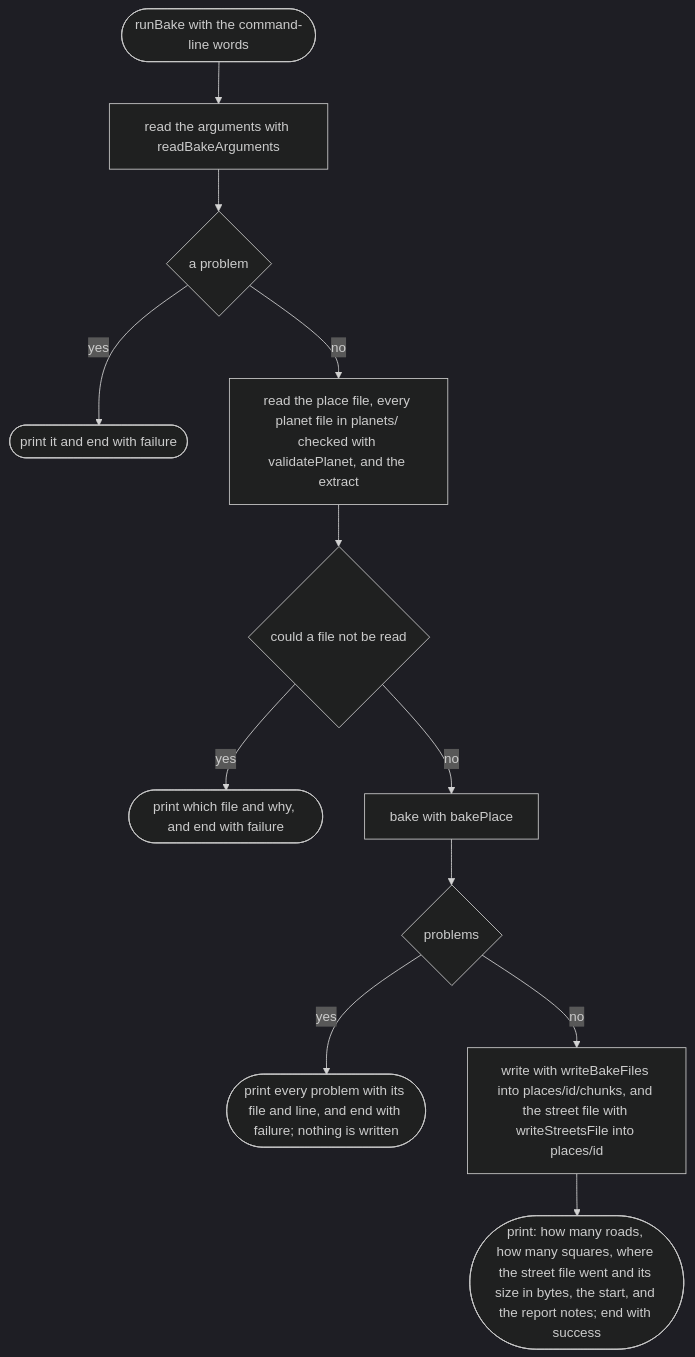
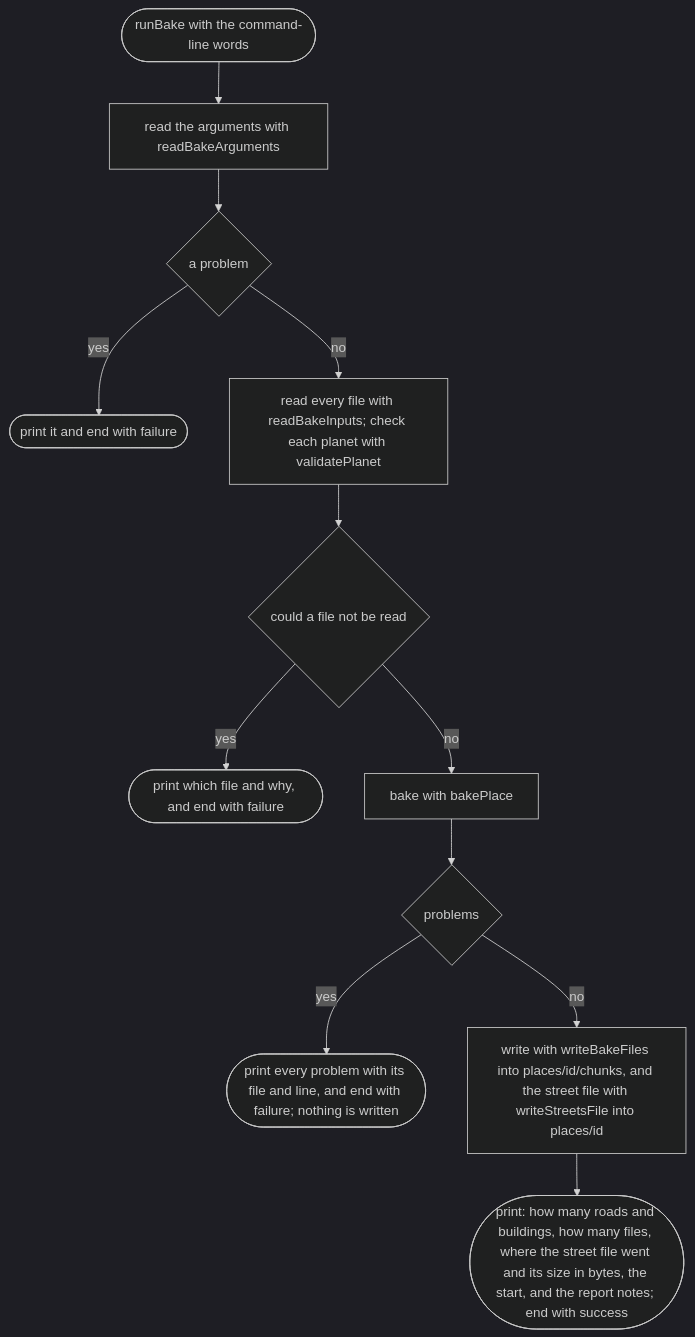
The second of 3 diagrams in docs/designs/tools/bake/cli.md (NewDara-Star/world-engine), drawn with Mermaid (dark theme) before and after one commit. The commit also changed other lines of this file and 306 other files, not shown here.

First line of the commit message:
Scope 006: buildings from OpenStreetMap

````diff
--- a/docs/designs/tools/bake/cli.md
+++ b/docs/designs/tools/bake/cli.md
@@ -40,22 +49,22 @@
 ```mermaid
 flowchart TD
   s(["runBake with the command-line words"])
   a["read the arguments with readBakeArguments"]
   b{"a problem"}
   c(["print it and end with failure"])
-  d["read the place file, every planet file in planets/ checked with validatePlanet, and the extract"]
+  d["read every file with readBakeInputs; check each planet with validatePlanet"]
   e{"could a file not be read"}
   f(["print which file and why, and end with failure"])
   g["bake with bakePlace"]
   h{"problems"}
   i(["print every problem with its file and line, and end with failure; nothing is written"])
   j["write with writeBakeFiles into places/id/chunks, and the street file with writeStreetsFile into places/id"]
-  k(["print: how many roads, how many squares, where the street file went and its size in bytes, the start, and the report notes; end with success"])
+  k(["print: how many roads and buildings, how many files, where the street file went and its size in bytes, the start, and the report notes; end with success"])
   s --> a --> b
   b -->|"yes"| c
   b -->|"no"| d --> e
   e -->|"yes"| f
   e -->|"no"| g --> h
   h -->|"yes"| i
   h -->|"no"| j --> k
 ```
````
